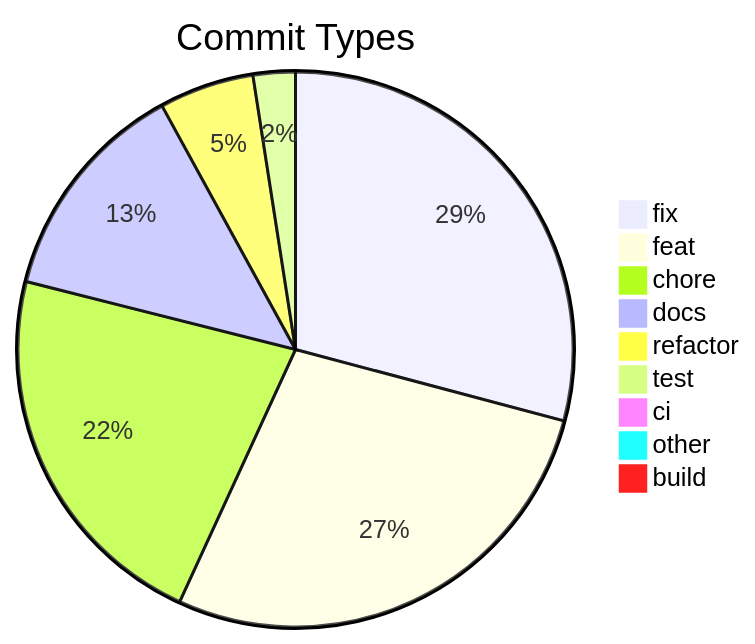
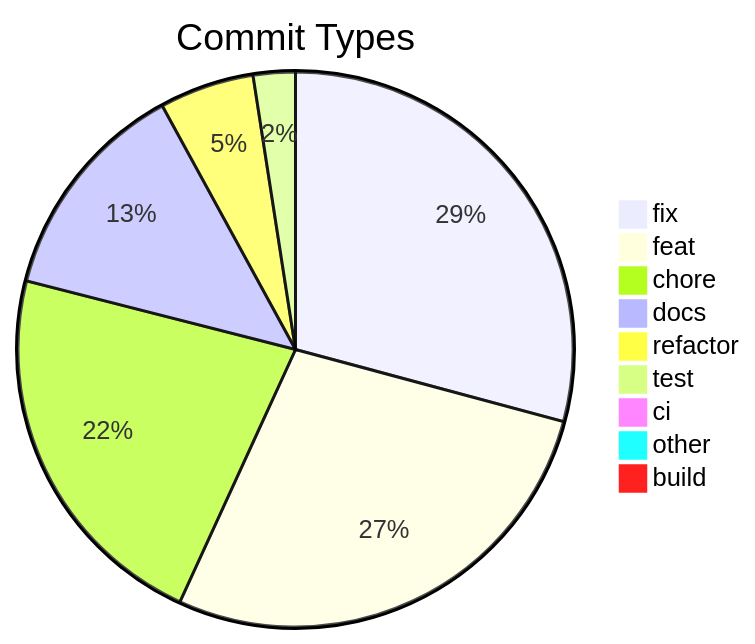
The diagram in .shipwright/compliance/change-history.md (svenroth-ai/shipwright), drawn with Mermaid before and after one commit. The commit also changed other lines of this file and 19 other files, not shown here.

````diff
--- a/.shipwright/compliance/change-history.md
+++ b/.shipwright/compliance/change-history.md
@@ -8,12 +8,12 @@
 ```mermaid
 pie title Commit Types
-    "fix" : 285
+    "fix" : 286
     "feat" : 271
-    "chore" : 216
+    "chore" : 217
     "docs" : 128
     "refactor" : 54
     "test" : 24
     "ci" : 7
     "other" : 7
     "build" : 1
 ```
````
